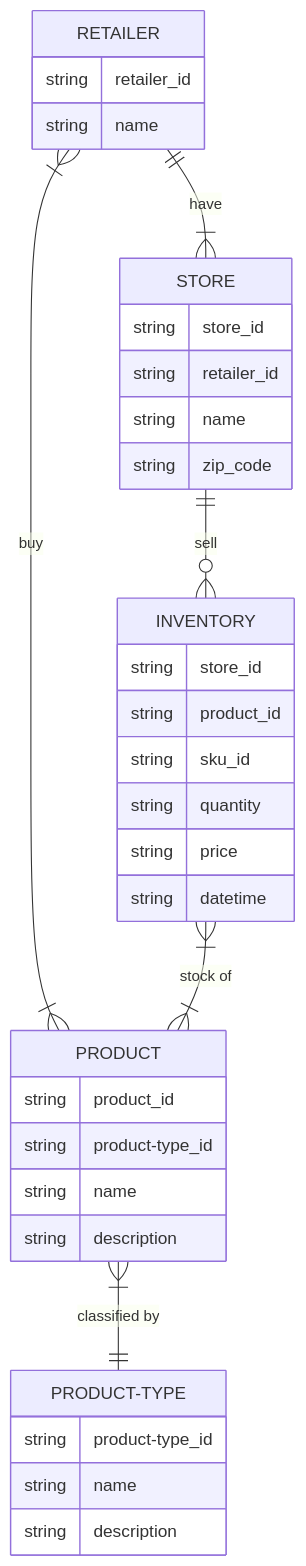
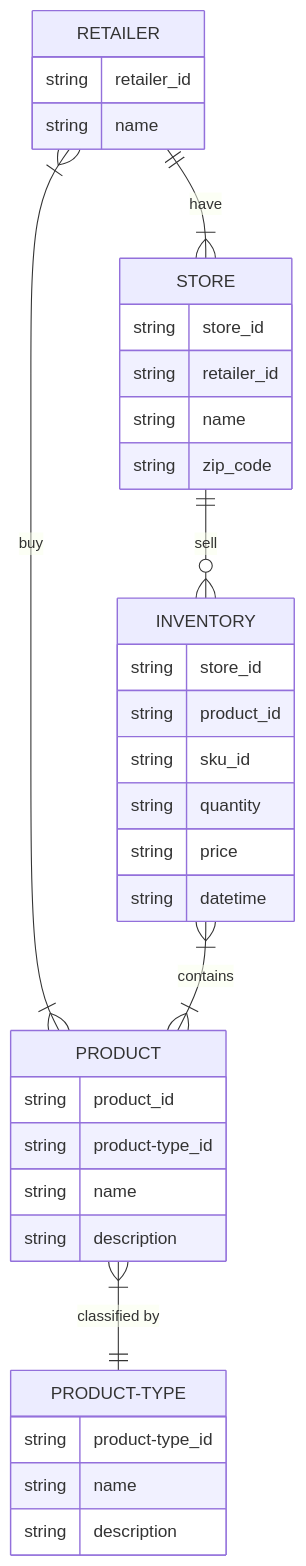
Before and after one commit to loudinb/tcr-matl-pa: the diagram in docs/dynamodb.md, drawn with Mermaid.

Commit message:
testing mermaid

````diff
--- a/docs/dynamodb.md
+++ b/docs/dynamodb.md
@@ -3,38 +3,38 @@
 ```mermaid
 erDiagram
           RETAILER }|--|{ PRODUCT : buy
-          INVENTORY }|--|{ PRODUCT : "stock of"
+          STORE ||--O{ INVENTORY : sell
+          INVENTORY }|--|{ PRODUCT : "contains"
           PRODUCT }|--|| PRODUCT-TYPE : "classified by"
-          STORE ||--O{ INVENTORY : sell
           RETAILER ||--|{ STORE : have
           RETAILER {
             string retailer_id
             string name
           }
           STORE {
             string store_id
             string retailer_id
             string name
             string zip_code
           }
           PRODUCT {
             string product_id
             string product-type_id
             string name
             string description
           }
           PRODUCT-TYPE {
             string product-type_id
             string name
             string description
           }
           INVENTORY {
             string store_id
             string product_id
             string sku_id
             string quantity
             string price
             string datetime
           }
 
 ```
````
